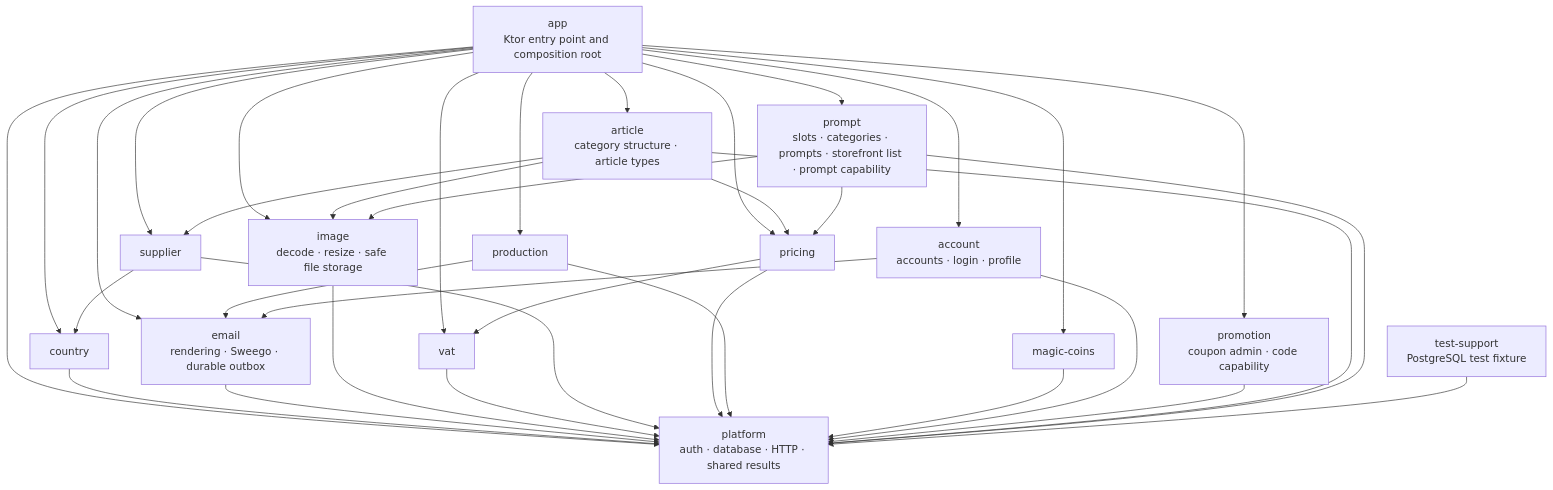
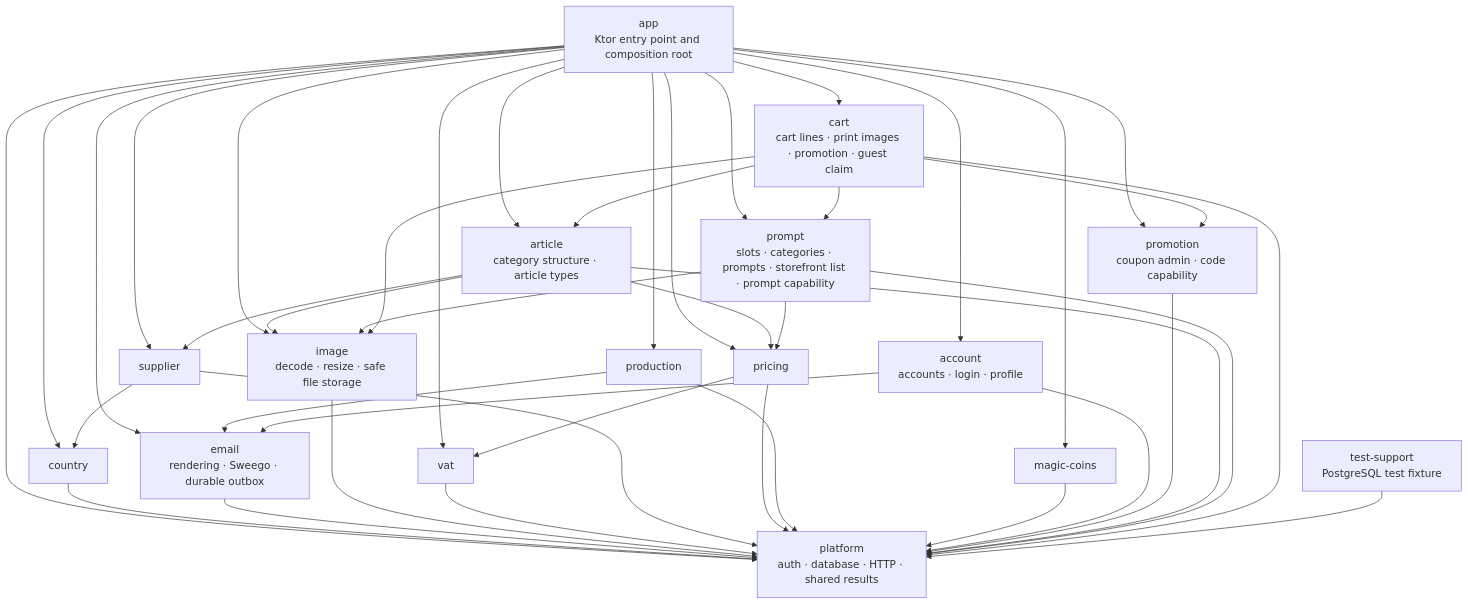
The diagram in docs/dev/backend/module-architecture.md (bitstorm-tech/voenix-shop-kotlin), drawn with Mermaid before and after one commit. The commit also changed other lines of this file and 101 other files, not shown here.

````diff
--- a/docs/dev/backend/module-architecture.md
+++ b/docs/dev/backend/module-architecture.md
@@ -34,54 +34,61 @@
 ```mermaid
 flowchart TD
     App["app<br/>Ktor entry point and composition root"]
     Platform["platform<br/>auth · database · HTTP · shared results"]
     Country["country"]
     Email["email<br/>rendering · Sweego · durable outbox"]
     Image["image<br/>decode · resize · safe file storage"]
     Vat["vat"]
     Supplier["supplier"]
     Pricing["pricing"]
     Production["production"]
     MagicCoins["magic-coins"]
     Account["account<br/>accounts · login · profile"]
     Promotion["promotion<br/>coupon admin · code capability"]
     Article["article<br/>category structure · article types"]
     Prompt["prompt<br/>slots · categories · prompts · storefront list · prompt capability"]
+    Cart["cart<br/>cart lines · print images · promotion · guest claim"]
     TestSupport["test-support<br/>PostgreSQL test fixture"]
 
     App --> Platform
     App --> Account
     App --> Country
     App --> Email
     App --> Image
     App --> Vat
     App --> Supplier
     App --> Pricing
     App --> Production
     App --> MagicCoins
     App --> Promotion
     App --> Article
     App --> Prompt
+    App --> Cart
     Country --> Platform
     Email --> Platform
     Image --> Platform
     Vat --> Platform
     Supplier --> Platform
     Supplier --> Country
     Pricing --> Platform
     Pricing --> Vat
     Production --> Platform
     Production --> Email
     MagicCoins --> Platform
     Account --> Platform
     Account --> Email
     Promotion --> Platform
     Article --> Platform
     Article --> Image
     Article --> Pricing
     Article --> Supplier
     Prompt --> Platform
     Prompt --> Image
     Prompt --> Pricing
+    Cart --> Platform
+    Cart --> Image
+    Cart --> Article
+    Cart --> Prompt
+    Cart --> Promotion
     TestSupport --> Platform
 ```
````
